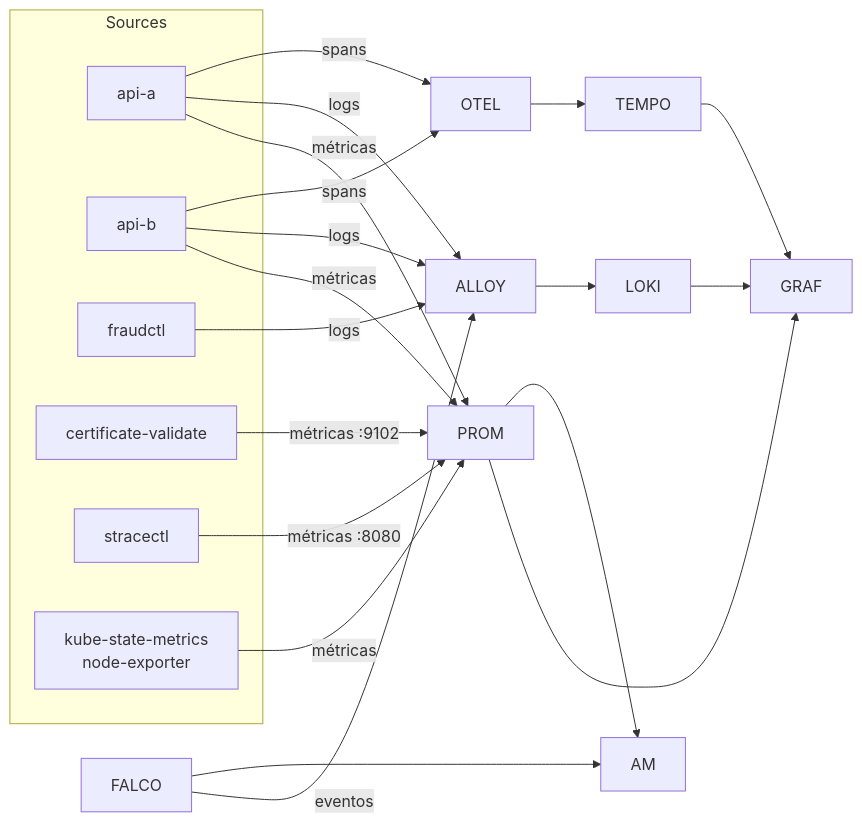
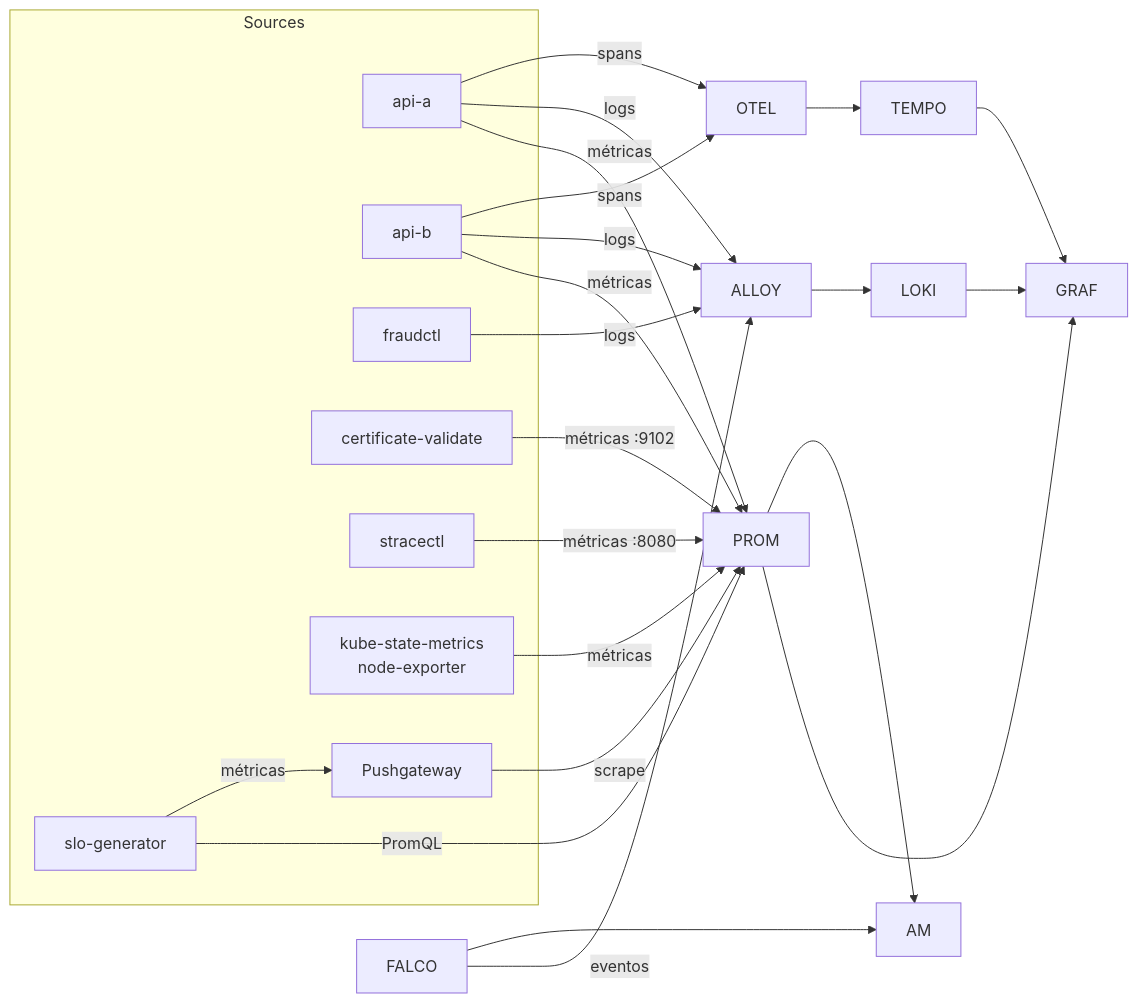
Before and after one commit to fabianoflorentino/srectl: the fourth of 5 diagrams in docs/pt-br/ARCHITECTURE.md, drawn with Mermaid. The commit also changed other lines of this file and 36 other files, not shown here.

Commit message:
feat(slo): add declarative SLOs with slo-generator

````diff
--- a/docs/pt-br/ARCHITECTURE.md
+++ b/docs/pt-br/ARCHITECTURE.md
@@ -158,33 +163,39 @@
 ```mermaid
 flowchart LR
     subgraph Sources
         APIA["api-a"]
         APIB["api-b"]
         FRAUD["fraudctl"]
         CV["certificate-validate"]
         STRACE["stracectl"]
         KUBE["kube-state-metrics\nnode-exporter"]
+        SLO["slo-generator"]
+        PUSH["Pushgateway"]
     end
 
     APIA -->|métricas| PROM
     APIB -->|métricas| PROM
     CV -->|métricas :9102| PROM
     STRACE -->|métricas :8080| PROM
     KUBE -->|métricas| PROM
 
     APIA -->|logs| ALLOY
     APIB -->|logs| ALLOY
     FRAUD -->|logs| ALLOY
     FALCO -->|eventos| ALLOY
     ALLOY --> LOKI
 
     APIA -->|spans| OTEL
     APIB -->|spans| OTEL
     OTEL --> TEMPO
 
     PROM --> GRAF
     LOKI --> GRAF
     TEMPO --> GRAF
     PROM --> AM
     FALCO --> AM
+
+    SLO -->|PromQL| PROM
+    SLO -->|métricas| PUSH
+    PUSH -->|scrape| PROM
 ```
````
